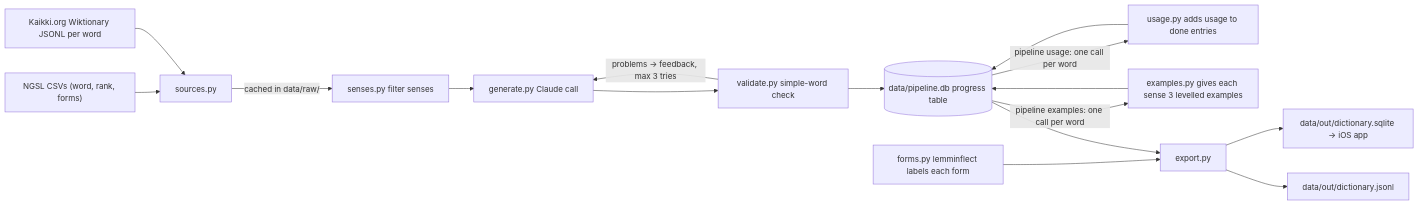
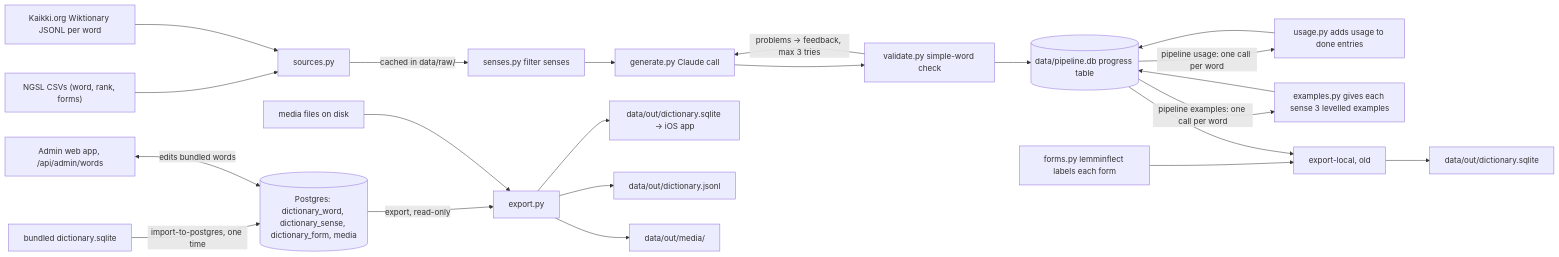
Before and after one commit to tranphuocloc070699/saynata: the first of 4 diagrams in backlog/docs/features/doc-6 - Dictionary-pipeline.md, drawn with Mermaid. The commit also changed other lines of this file and 35 other files, not shown here.

First line of the commit message:
TASK-49.3: bundled dictionary and media rows in Postgres; pipeline imports and exports from it

````diff
--- a/backlog/docs/features/doc-6 - Dictionary-pipeline.md
+++ b/backlog/docs/features/doc-6 - Dictionary-pipeline.md
@@ -20,18 +21,24 @@
 ```mermaid
 flowchart LR
     NGSL["NGSL CSVs (word, rank, forms)"] --> SRC[sources.py]
     KK["Kaikki.org Wiktionary JSONL per word"] --> SRC
     SRC -->|cached in data/raw/| SEN[senses.py filter senses]
     SEN --> GEN[generate.py Claude call]
     GEN --> VAL[validate.py simple-word check]
     VAL -->|problems → feedback, max 3 tries| GEN
     VAL --> ST[(data/pipeline.db progress table)]
     ST -->|"pipeline usage: one call per word"| USE[usage.py adds usage to done entries]
     USE --> ST
     ST -->|"pipeline examples: one call per word"| EXA[examples.py gives each sense 3 levelled examples]
     EXA --> ST
-    FOR[forms.py lemminflect labels each form] --> EXP
-    ST --> EXP[export.py]
+    FOR[forms.py lemminflect labels each form] --> EXL[export-local, old]
+    ST --> EXL
+    EXL --> OUT0[data/out/dictionary.sqlite]
+    SQL0[bundled dictionary.sqlite] -->|"import-to-postgres, one time"| PG[(Postgres: dictionary_word, dictionary_sense, dictionary_form, media)]
+    ADMIN[Admin web app, /api/admin/words] <-->|edits bundled words| PG
+    PG -->|"export, read-only"| EXP[export.py]
+    MED[media files on disk] --> EXP
     EXP --> OUT1[data/out/dictionary.sqlite → iOS app]
     EXP --> OUT2[data/out/dictionary.jsonl]
+    EXP --> OUT3[data/out/media/]
 ```
````
